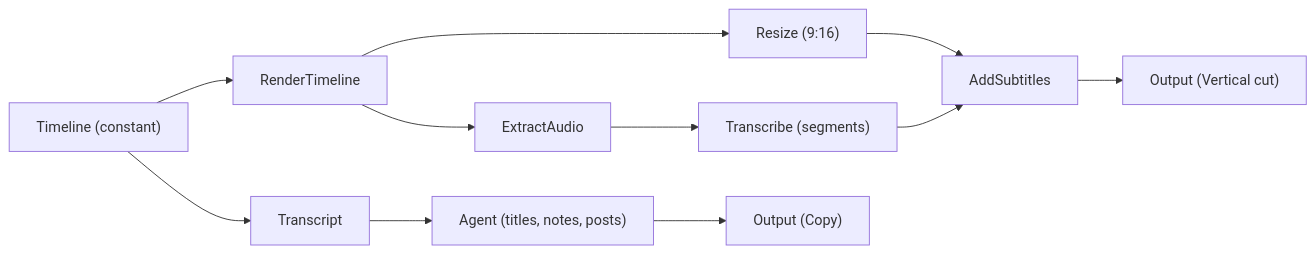
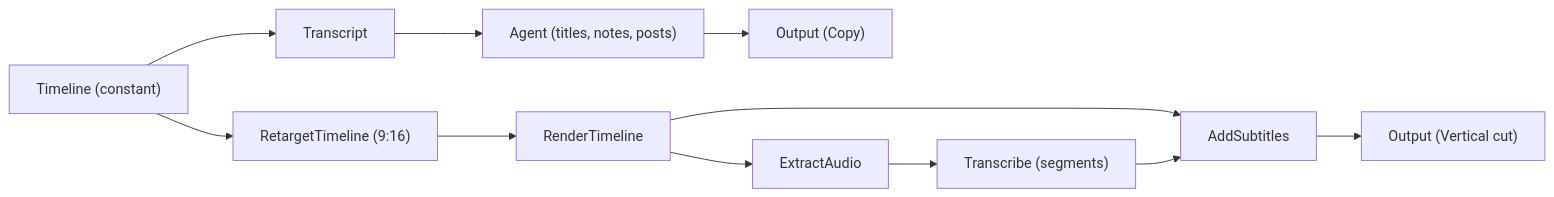
Before and after one commit to nodetool-ai/nodetool: the seventh of 8 diagrams in docs/cookbook/patterns.md, drawn with Mermaid. The commit also changed other lines of this file and 118 other files, not shown here.

```diff
--- a/docs/cookbook/patterns.md
+++ b/docs/cookbook/patterns.md
@@ -263,16 +283,16 @@
 {% mermaid %}
 graph LR
   tl["Timeline (constant)"]
   transcript["Transcript"]
   agent["Agent (titles, notes, posts)"]
+  retarget["RetargetTimeline (9:16)"]
   render["RenderTimeline"]
-  vertical["Resize (9:16)"]
   audio["ExtractAudio"]
   asr["Transcribe (segments)"]
   subs["AddSubtitles"]
   copy["Output (Copy)"]
   post["Output (Vertical cut)"]
   tl --> transcript --> agent --> copy
-  tl --> render --> vertical --> subs --> post
+  tl --> retarget --> render --> subs --> post
   render --> audio --> asr --> subs
 {% endmermaid %}
```
